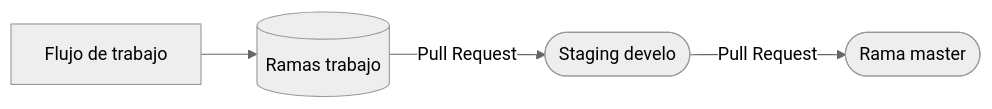
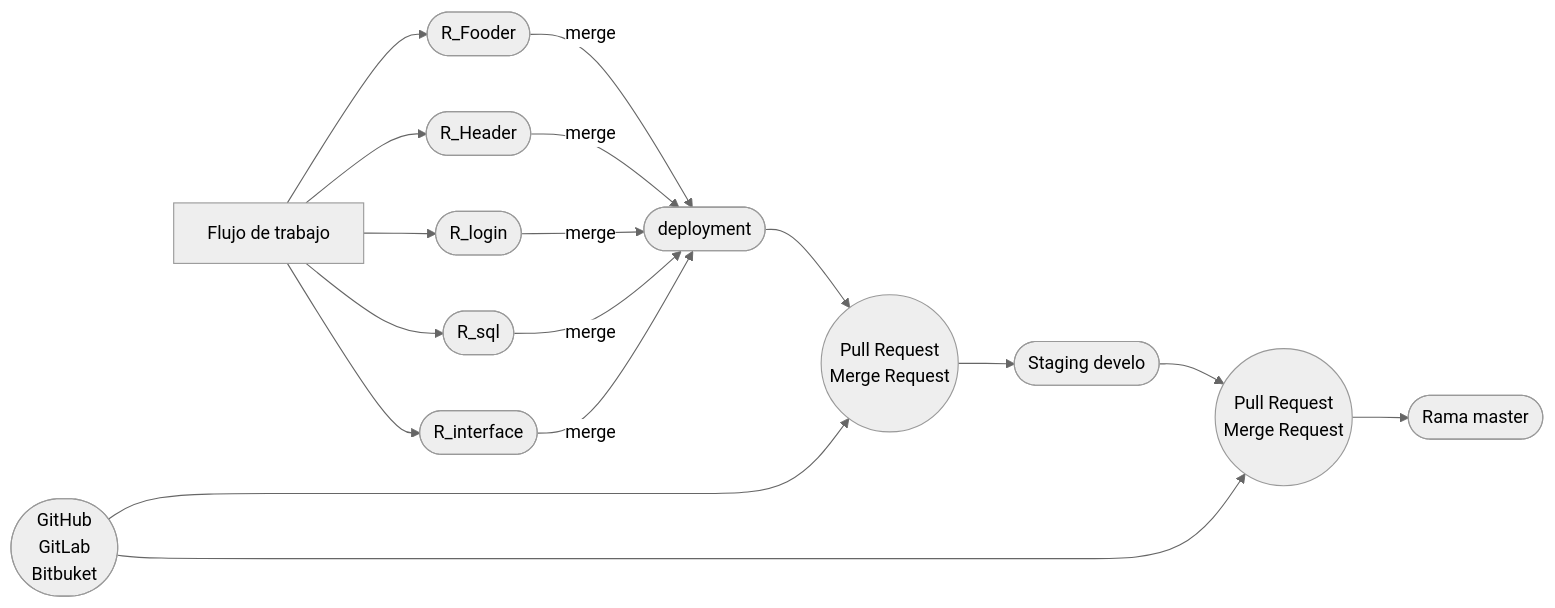
One commit to dczinil/git changed the diagram in Notas_del_curso_de_git.md. Above: the diagram before and after it, drawn with Mermaid (neutral theme). The commit also changed other lines of this file, not shown here.

````diff
--- a/Notas_del_curso_de_git.md
+++ b/Notas_del_curso_de_git.md
@@ -312,4 +332,13 @@
 ```mermaid
+
 graph LR
-A[Flujo de trabajo]-->B[(Ramas trabajo)]--Pull Request-->D([Staging  develo])--Pull Request-->F([Rama master])
+A[Flujo de trabajo]-->B([R_Fooder])--merge-->H
+A[Flujo de trabajo]-->C([R_Header])--merge-->H
+A[Flujo de trabajo]-->D([R_login])--merge-->H
+A[Flujo de trabajo]-->E([R_sql])--merge-->H
+A[Flujo de trabajo]-->G([R_interface])--merge-->H
+H([deployment])-->L((Pull Request</br>Merge Request))-->I([Staging  develo])-->O((Pull Request</br>Merge Request))-->K([Rama master])
+
+P([GitHub</br>GitLab</br>Bitbuket</br>])-->O
+P([GitHub</br>GitLab</br>Bitbuket</br>])----->L
 ```
````
